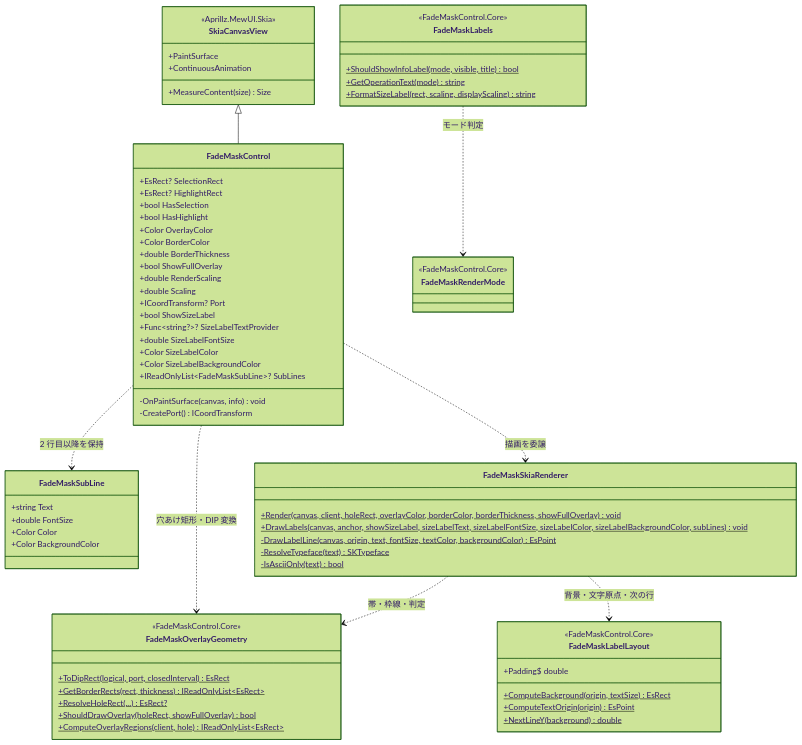
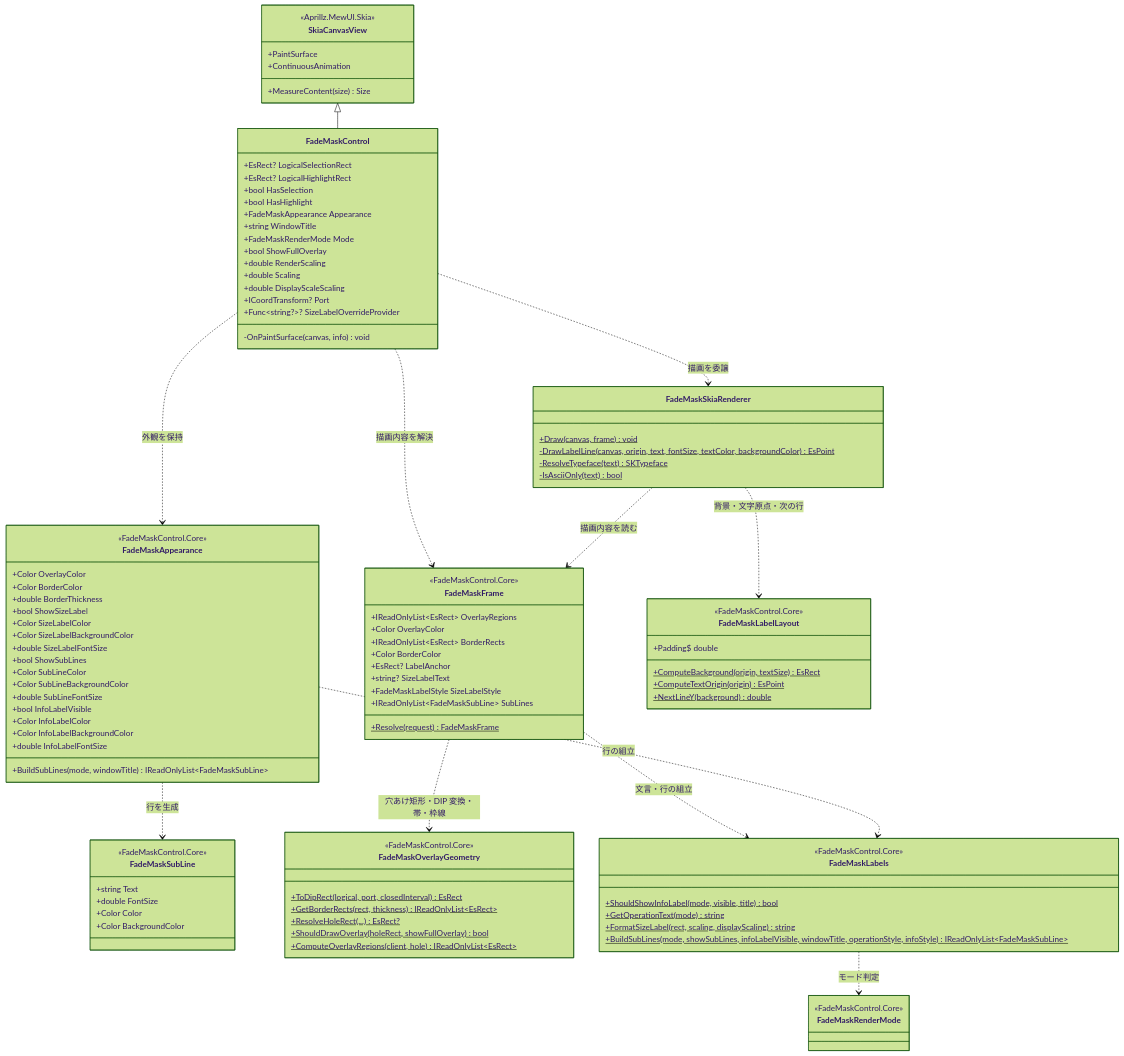
Before and after one commit to tomokuni/SaveEvidence: the first of 2 diagrams in src/FadeMaskControl.MewUI/SPEC_System.md, drawn with Mermaid (forest theme). The commit also changed other lines of this file and 63 other files, not shown here.

First line of the commit message:
FadeMaskControlの描画契約を整理

````diff
--- a/src/FadeMaskControl.MewUI/SPEC_System.md
+++ b/src/FadeMaskControl.MewUI/SPEC_System.md
@@ -81,38 +80,64 @@
         +MeasureContent(size) Size
     }
     class FadeMaskControl {
-        +EsRect? SelectionRect
-        +EsRect? HighlightRect
+        +EsRect? LogicalSelectionRect
+        +EsRect? LogicalHighlightRect
         +bool HasSelection
         +bool HasHighlight
-        +Color OverlayColor
-        +Color BorderColor
-        +double BorderThickness
+        +FadeMaskAppearance Appearance
+        +string WindowTitle
+        +FadeMaskRenderMode Mode
         +bool ShowFullOverlay
         +double RenderScaling
         +double Scaling
+        +double DisplayScaleScaling
         +ICoordTransform? Port
-        +bool ShowSizeLabel
-        +Func~string?~? SizeLabelTextProvider
-        +double SizeLabelFontSize
-        +Color SizeLabelColor
-        +Color SizeLabelBackgroundColor
-        +IReadOnlyList~FadeMaskSubLine~? SubLines
+        +Func~string?~? SizeLabelOverrideProvider
         -OnPaintSurface(canvas, info) void
-        -CreatePort() ICoordTransform
     }
     class FadeMaskSubLine {
+        <<FadeMaskControl.Core>>
         +string Text
         +double FontSize
         +Color Color
         +Color BackgroundColor
     }
+    class FadeMaskAppearance {
+        <<FadeMaskControl.Core>>
+        +Color OverlayColor
+        +Color BorderColor
+        +double BorderThickness
+        +bool ShowSizeLabel
+        +Color SizeLabelColor
+        +Color SizeLabelBackgroundColor
+        +double SizeLabelFontSize
+        +bool ShowSubLines
+        +Color SubLineColor
+        +Color SubLineBackgroundColor
+        +double SubLineFontSize
+        +bool InfoLabelVisible
+        +Color InfoLabelColor
+        +Color InfoLabelBackgroundColor
+        +double InfoLabelFontSize
+        +BuildSubLines(mode, windowTitle) IReadOnlyList~FadeMaskSubLine~
+    }
     class FadeMaskSkiaRenderer {
-        +Render(canvas, client, holeRect, overlayColor, borderColor, borderThickness, showFullOverlay)$ void
-        +DrawLabels(canvas, anchor, showSizeLabel, sizeLabelText, sizeLabelFontSize, sizeLabelColor, sizeLabelBackgroundColor, subLines)$ void
+        +Draw(canvas, frame)$ void
         -DrawLabelLine(canvas, origin, text, fontSize, textColor, backgroundColor)$ EsPoint
         -ResolveTypeface(text)$ SKTypeface
         -IsAsciiOnly(text)$ bool
+    }
+    class FadeMaskFrame {
+        <<FadeMaskControl.Core>>
+        +IReadOnlyList~EsRect~ OverlayRegions
+        +Color OverlayColor
+        +IReadOnlyList~EsRect~ BorderRects
+        +Color BorderColor
+        +EsRect? LabelAnchor
+        +string? SizeLabelText
+        +FadeMaskLabelStyle SizeLabelStyle
+        +IReadOnlyList~FadeMaskSubLine~ SubLines
+        +Resolve(request)$ FadeMaskFrame
     }
     class FadeMaskOverlayGeometry {
         <<FadeMaskControl.Core>>
@@ -127,6 +152,7 @@
         +ShouldShowInfoLabel(mode, visible, title)$ bool
         +GetOperationText(mode)$ string
         +FormatSizeLabel(rect, scaling, displayScaling)$ string
+        +BuildSubLines(mode, showSubLines, infoLabelVisible, windowTitle, operationStyle, infoStyle)$ IReadOnlyList~FadeMaskSubLine~
     }
     class FadeMaskLabelLayout {
         <<FadeMaskControl.Core>>
@@ -140,10 +166,14 @@
     }
 
     SkiaCanvasView <|-- FadeMaskControl
-    FadeMaskControl ..> FadeMaskSubLine : 2 行目以降を保持
+    FadeMaskControl ..> FadeMaskAppearance : 外観を保持
+    FadeMaskControl ..> FadeMaskFrame : 描画内容を解決
     FadeMaskControl ..> FadeMaskSkiaRenderer : 描画を委譲
-    FadeMaskControl ..> FadeMaskOverlayGeometry : 穴あけ矩形・DIP 変換
-    FadeMaskSkiaRenderer ..> FadeMaskOverlayGeometry : 帯・枠線・判定
+    FadeMaskFrame ..> FadeMaskOverlayGeometry : 穴あけ矩形・DIP 変換・帯・枠線
+    FadeMaskFrame ..> FadeMaskLabels : 文言・行の組立
+    FadeMaskAppearance ..> FadeMaskLabels : 行の組立
+    FadeMaskAppearance ..> FadeMaskSubLine : 行を生成
+    FadeMaskSkiaRenderer ..> FadeMaskFrame : 描画内容を読む
     FadeMaskSkiaRenderer ..> FadeMaskLabelLayout : 背景・文字原点・次の行
     FadeMaskLabels ..> FadeMaskRenderMode : モード判定
 ```
````
